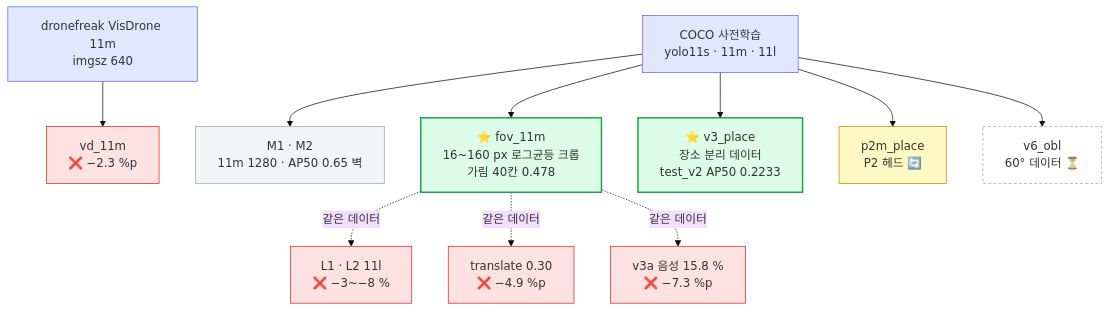
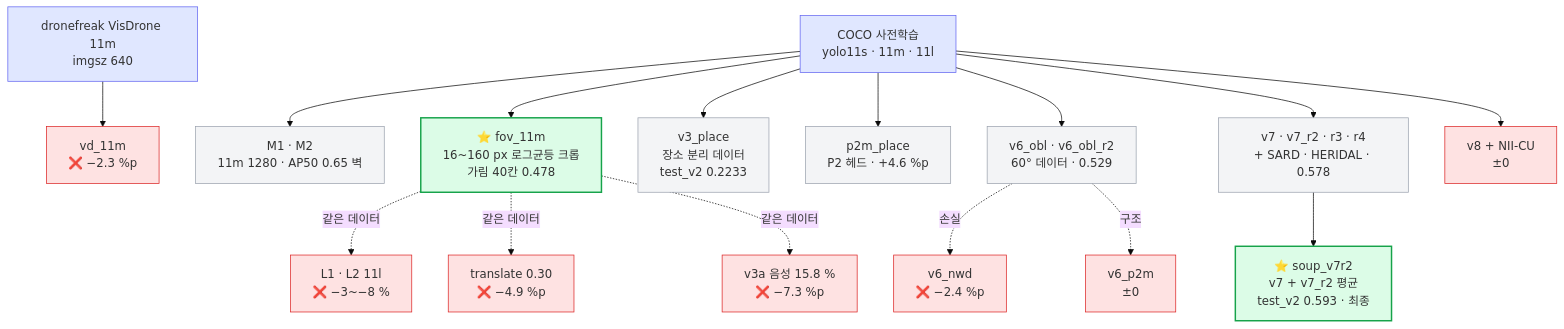
Before and after one commit to tim9985/Capstone: the first of 2 diagrams in obsidian/03 모델/가중치 계보.md, drawn with Mermaid (base theme). The commit also changed other lines of this file and 24 other files, not shown here.

````diff
--- a/obsidian/03 모델/가중치 계보.md
+++ b/obsidian/03 모델/가중치 계보.md
@@ -11,21 +11,26 @@
 ```mermaid
 flowchart TD
     C["COCO 사전학습<br/>yolo11s · 11m · 11l"]:::pub
     VD["dronefreak VisDrone 11m<br/>imgsz 640"]:::pub
     C --> M1["M1 · M2<br/>11m 1280 · AP50 0.65 벽"]:::keep
     C --> F["⭐ fov_11m<br/>16~160 px 로그균등 크롭<br/>가림 40칸 0.478"]:::star
     F -. 같은 데이터 .-> L["L1 · L2 11l<br/>❌ −3~−8 %"]:::rej
     F -. 같은 데이터 .-> TR["translate 0.30<br/>❌ −4.9 %p"]:::rej
     F -. 같은 데이터 .-> NG["v3a 음성 15.8 %<br/>❌ −7.3 %p"]:::rej
     VD --> D["vd_11m<br/>❌ −2.3 %p"]:::rej
-    C --> P["⭐ v3_place<br/>장소 분리 데이터<br/>test_v2 AP50 0.2233"]:::star
-    C --> P2["p2m_place<br/>P2 헤드 🔄"]:::run
-    C --> V6["v6_obl<br/>60° 데이터 ⏳"]:::plan
+    C --> P["v3_place<br/>장소 분리 데이터<br/>test_v2 0.2233"]:::keep
+    C --> P2["p2m_place<br/>P2 헤드 · +4.6 %p"]:::keep
+    C --> V6["v6_obl · v6_obl_r2<br/>60° 데이터 · 0.529"]:::keep
+    V6 -. 손실 .-> NWD["v6_nwd<br/>❌ −2.4 %p"]:::rej
+    V6 -. 구조 .-> V6P["v6_p2m<br/>±0"]:::rej
+    C --> V7["v7 · v7_r2 · r3 · r4<br/>+ SARD · HERIDAL · 0.578"]:::keep
+    C --> V8["v8 + NII-CU<br/>±0"]:::rej
+    V7 --> S["⭐ soup_v7r2<br/>v7 + v7_r2 평균<br/>test_v2 0.593 · 최종"]:::star
 
     classDef pub fill:#e0e7ff,stroke:#6366f1
     classDef keep fill:#f3f4f6,stroke:#9ca3af
     classDef star fill:#dcfce7,stroke:#16a34a,stroke-width:2px
     classDef rej fill:#fee2e2,stroke:#dc2626
     classDef run fill:#fef9c3,stroke:#ca8a04
     classDef plan fill:#fff,stroke:#9ca3af,stroke-dasharray:4 3
 ```
````
